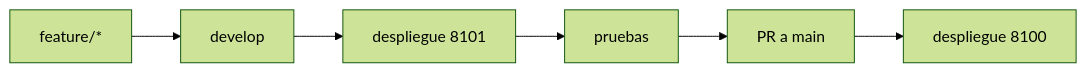
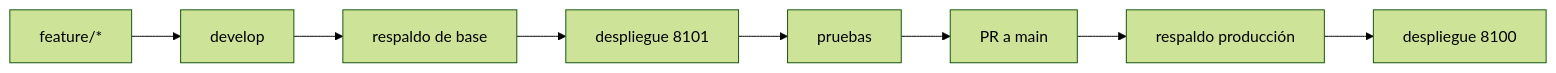
Before and after one commit to tito9903-byte/netdoc: the diagram in docs/DEPLOYMENT.md, drawn with Mermaid (forest theme). The commit also changed other lines of this file, not shown here.

````diff
--- a/docs/DEPLOYMENT.md
+++ b/docs/DEPLOYMENT.md
@@ -7,4 +7,4 @@
 ```mermaid
 flowchart LR
- F[feature/*] --> D[develop] --> DEV[despliegue 8101] --> T[pruebas] --> M[PR a main] --> P[despliegue 8100]
+ F[feature/*] --> D[develop] --> B[respaldo de base] --> DEV[despliegue 8101] --> T[pruebas] --> M[PR a main] --> BP[respaldo producción] --> P[despliegue 8100]
 ```
````
